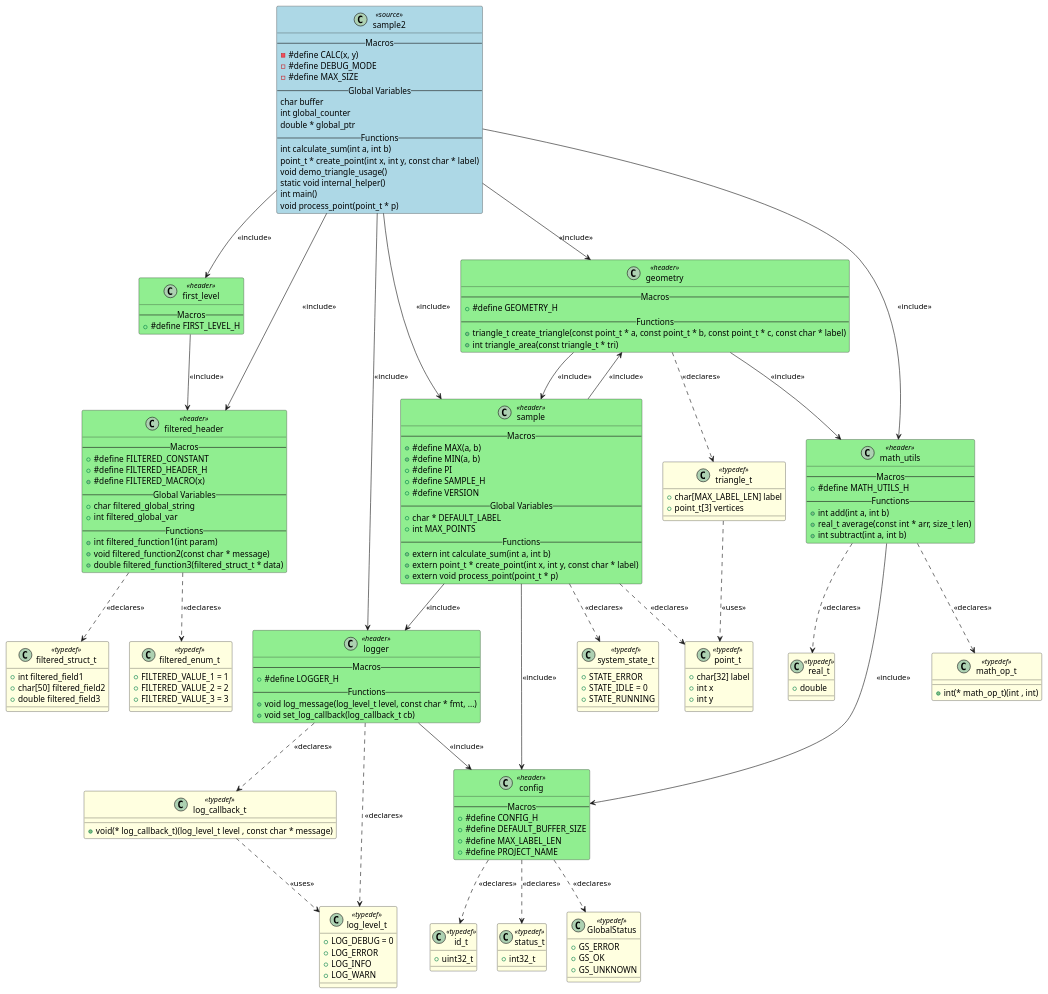
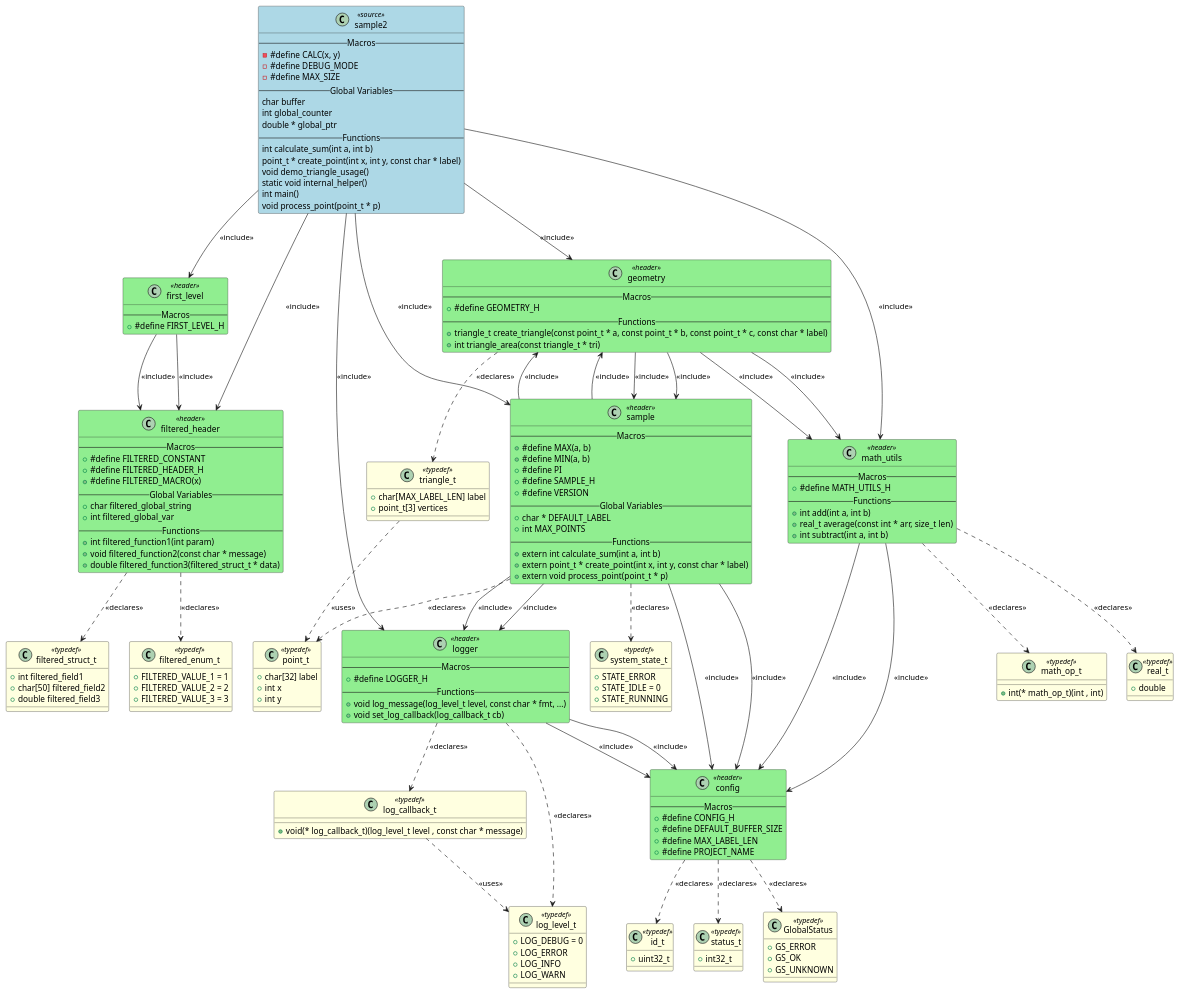
One commit to fischerjooo/c2puml changed the diagram in output/sample2.puml. Above: the diagram before and after it, drawn with PlantUML. The commit also changed 15 other files, not shown here.

```diff
--- a/output/sample2.puml
+++ b/output/sample2.puml
@@ -178,6 +178,14 @@
 HEADER_SAMPLE --> HEADER_CONFIG : <<include>>
 HEADER_SAMPLE --> HEADER_GEOMETRY : <<include>>
 HEADER_SAMPLE --> HEADER_LOGGER : <<include>>
+HEADER_FIRST_LEVEL --> HEADER_FILTERED_HEADER : <<include>>
+HEADER_GEOMETRY --> HEADER_MATH_UTILS : <<include>>
+HEADER_GEOMETRY --> HEADER_SAMPLE : <<include>>
+HEADER_LOGGER --> HEADER_CONFIG : <<include>>
+HEADER_MATH_UTILS --> HEADER_CONFIG : <<include>>
+HEADER_SAMPLE --> HEADER_CONFIG : <<include>>
+HEADER_SAMPLE --> HEADER_GEOMETRY : <<include>>
+HEADER_SAMPLE --> HEADER_LOGGER : <<include>>
 SAMPLE2 --> HEADER_FILTERED_HEADER : <<include>>
 SAMPLE2 --> HEADER_FIRST_LEVEL : <<include>>
 SAMPLE2 --> HEADER_GEOMETRY : <<include>>
```
